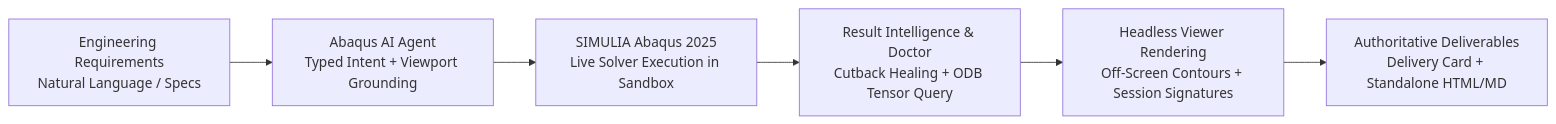
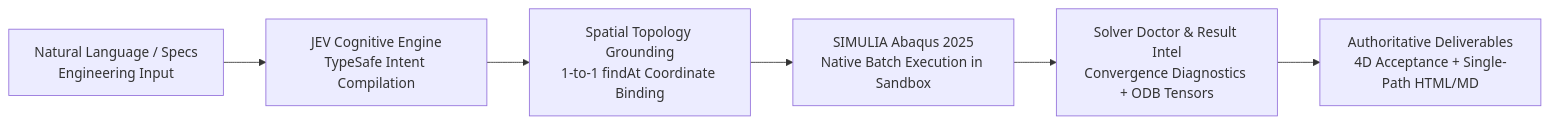
One commit to chenlei-gh/Abaqus-AI-Agent changed the first of 3 diagrams in README.md. Above: the diagram before and after it, drawn with Mermaid. The commit also changed other lines of this file and 1 other file, not shown here.

First line of the commit message:
Elevate JEV cognitive architecture in documentation

````diff
--- a/README.md
+++ b/README.md
@@ -30,8 +28,8 @@
 ```mermaid
 graph LR
-    A[Engineering Requirements<br>Natural Language / Specs] --> B[Abaqus AI Agent<br>Typed Intent + Viewport Grounding]
-    B --> C[SIMULIA Abaqus 2025<br>Live Solver Execution in Sandbox]
-    C --> D[Result Intelligence & Doctor<br>Cutback Healing + ODB Tensor Query]
-    D --> E[Headless Viewer Rendering<br>Off-Screen Contours + Session Signatures]
-    E --> F[Authoritative Deliverables<br>Delivery Card + Standalone HTML/MD]
+    A[Natural Language / Specs<br>Engineering Input] --> B[JEV Cognitive Engine<br>TypeSafe Intent Compilation]
+    B --> C[Spatial Topology Grounding<br>1-to-1 findAt Coordinate Binding]
+    C --> D[SIMULIA Abaqus 2025<br>Native Batch Execution in Sandbox]
+    D --> E[Solver Doctor & Result Intel<br>Convergence Diagnostics + ODB Tensors]
+    E --> F[Authoritative Deliverables<br>4D Acceptance + Single-Path HTML/MD]
 ```
````
